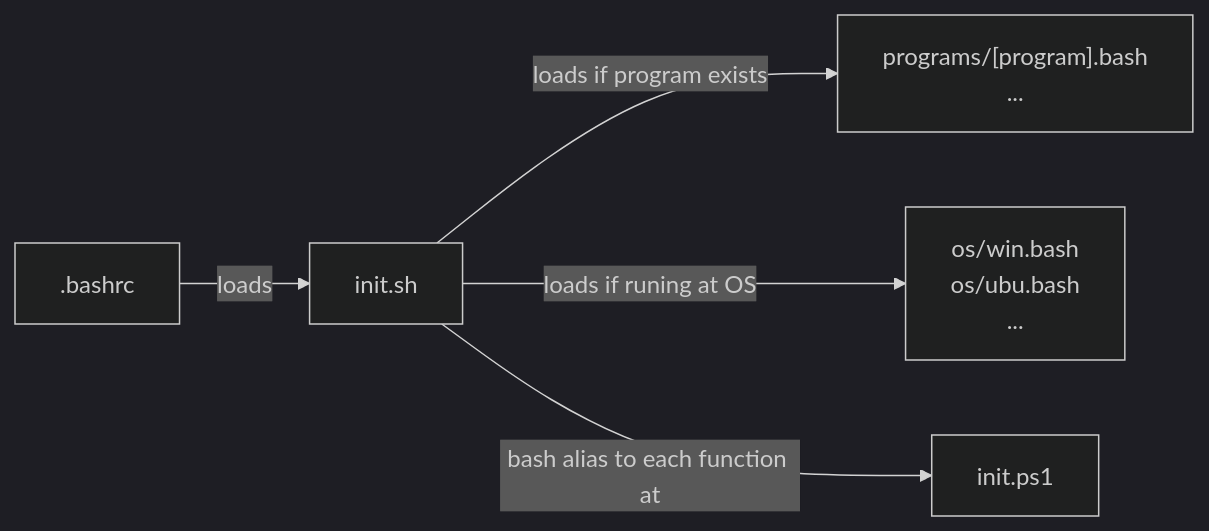
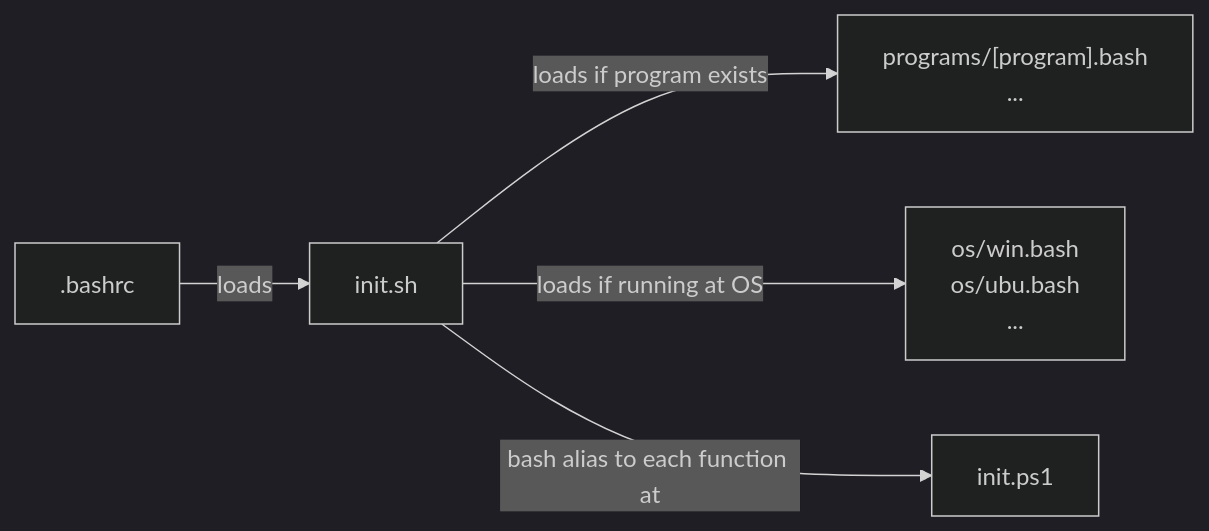
The first of 2 diagrams in README.md (alanlivio/ps-sh-helpers), drawn with Mermaid before and after one commit. The commit also changed other lines of this file, not shown here.

````diff
--- a/README.md
+++ b/README.md
@@ -7,21 +7,21 @@
 ```mermaid
 %%{init: {'theme':'dark'}}%%
 flowchart LR
     bashrc[".bashrc"]
     ps-init["init.ps1"]
     sh-init["init.sh"]
     program-dependent["
         programs/[program].bash
         ...
     "]
     OS-dependent["
         os/win.bash
         os/ubu.bash
         ...
     "]
     
     bashrc --> |"loads"| sh-init
     sh-init --> |"loads if program exists"| program-dependent
-    sh-init --> |"loads if runing at OS"| OS-dependent
+    sh-init --> |"loads if running at OS"| OS-dependent
     sh-init --> |"bash alias to each function at"| ps-init
 ```
````
